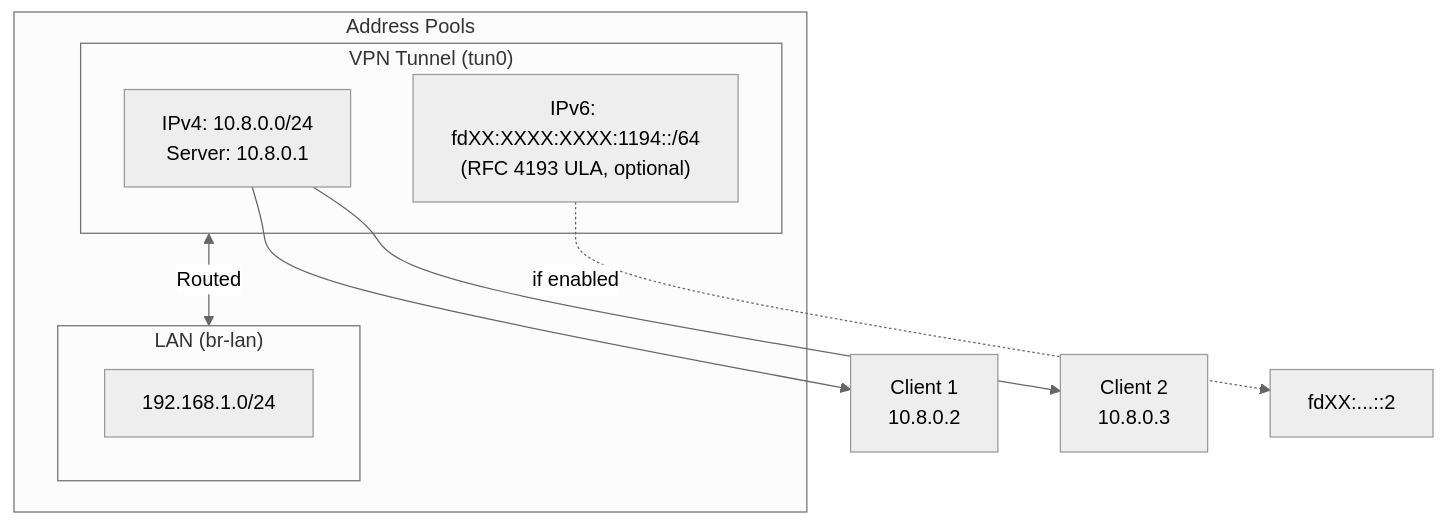
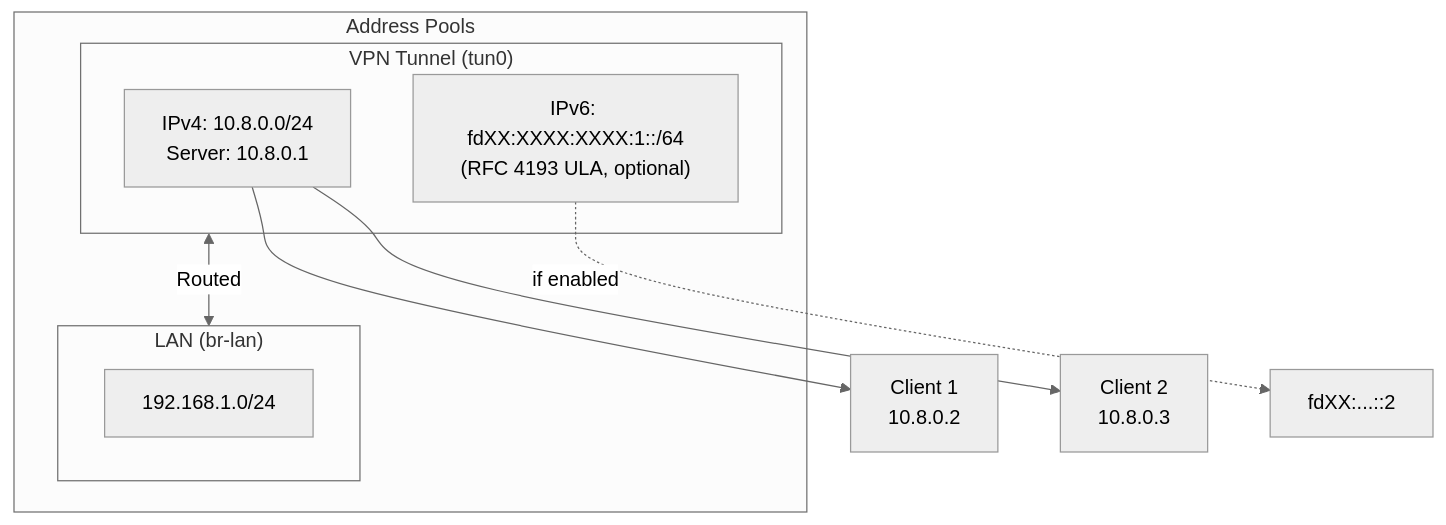
Before and after one commit to beadon/OpenWRTOpenVPNMgmt: the second of 2 diagrams in README.md, drawn with Mermaid (neutral theme). The commit also changed other lines of this file and 1 other file, not shown here.

First line of the commit message:
fix(ipv6): change ULA subnet ID from 1194 to 1 — avoid OSI layer bleed

````diff
--- a/README.md
+++ b/README.md
@@ -131,19 +131,19 @@
 ```mermaid
 flowchart TB
     subgraph pools [Address Pools]
         subgraph vpn ["VPN Tunnel (tun0)"]
             V4["IPv4: 10.8.0.0/24<br/>Server: 10.8.0.1"]
-            V6["IPv6: fdXX:XXXX:XXXX:1194::/64<br/>(RFC 4193 ULA, optional)"]
+            V6["IPv6: fdXX:XXXX:XXXX:1::/64<br/>(RFC 4193 ULA, optional)"]
         end
 
         subgraph lan ["LAN (br-lan)"]
             L4["192.168.1.0/24"]
         end
     end
 
     V4 --> C1["Client 1<br/>10.8.0.2"]
     V4 --> C2["Client 2<br/>10.8.0.3"]
     V6 -.->|"if enabled"| C1v6["fdXX:...::2"]
 
     vpn <-->|"Routed"| lan
 ```
````
